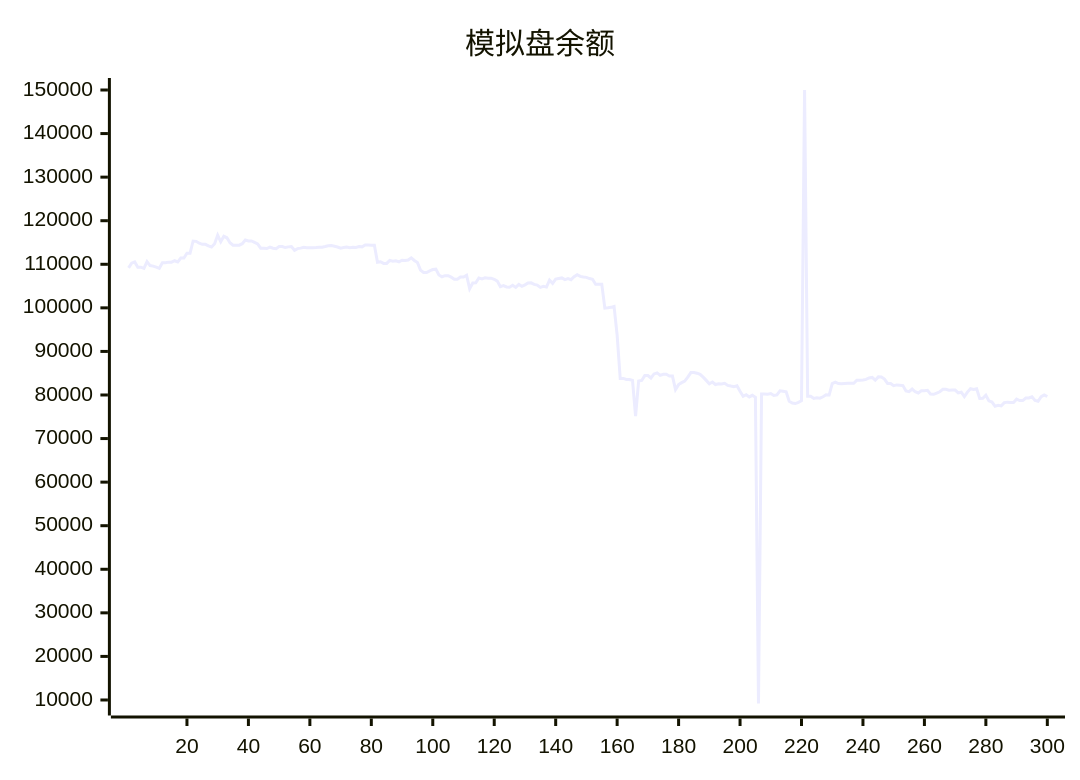
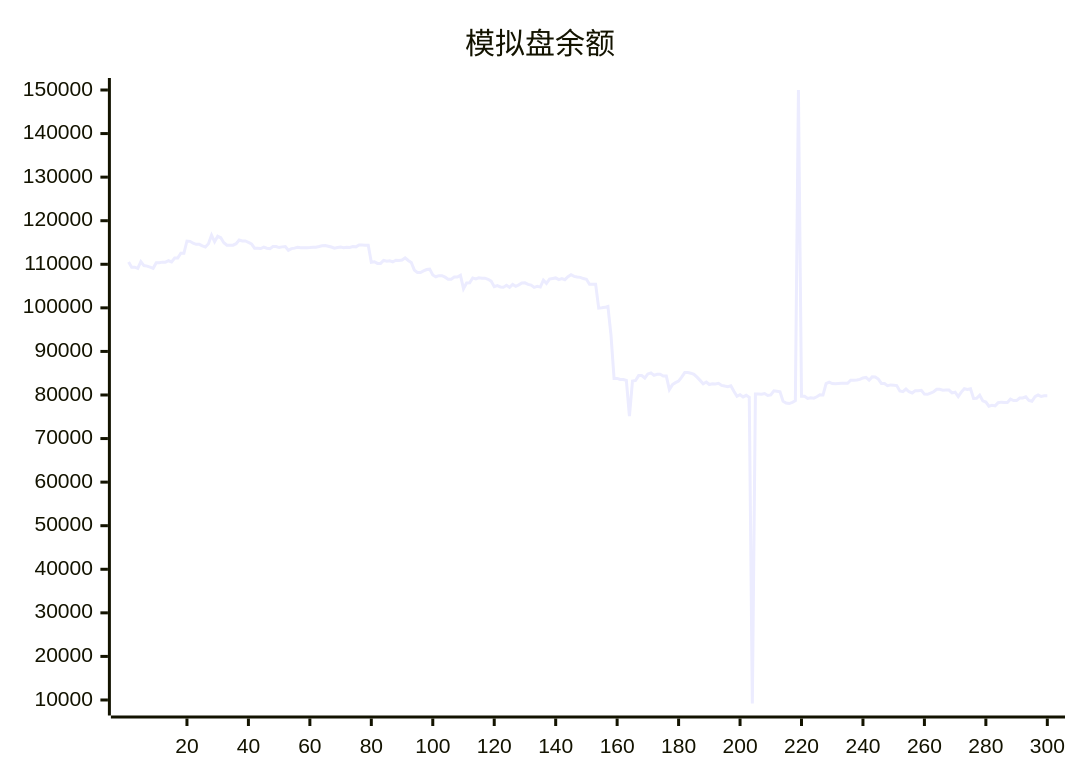
Before and after one commit to aahl/ai-trading: the diagram in README.md, drawn with Mermaid. The commit also changed other lines of this file and 1 other file, not shown here.

````diff
--- a/README.md
+++ b/README.md
@@ -5,5 +5,5 @@
 ```mermaid
 xychart
     title "模拟盘余额"
-    line [109172,110262,110546,109304,109343,109053,110606,109702,109584,109337,109071,110342,110342,110488,110488,110814,110531,111421,111421,112518,112522,115341,115266,114830,114584,114588,114231,113973,114726,116697,115160,116423,116083,114950,114365,114365,114388,114730,115582,115358,115358,115032,114686,113688,113688,113610,113930,113672,113585,114083,114074,113840,113996,114051,113208,113593,113701,113901,113794,113784,113810,113848,113927,113929,114064,114232,114293,114144,113960,113698,113853,113942,113812,113908,113877,114091,113998,114427,114422,114384,114384,110477,110576,110198,110198,110890,110712,110812,110569,110929,110847,110968,111478,110870,110433,108661,108116,108115,108485,108797,108877,107536,107134,107393,107393,107046,106565,106565,107081,107081,107478,104404,105715,105749,106866,106651,106889,106771,106816,106565,106141,104876,105103,104796,104734,105169,104690,105380,104941,105272,105709,105739,105374,105227,104691,104924,104762,106364,105628,106608,106748,106872,106485,106721,106468,107132,107620,107224,107080,107001,106717,106567,105431,105431,105440,99950,100017,100113,100337,93749,83795,83807,83567,83567,83342,75168,83222,83336,84448,84449,83896,84839,85065,84499,84757,84757,84364,84347,81254,82385,82835,83184,84099,85150,85150,85002,84751,84096,83356,82582,82983,82404,82572,82512,82688,82200,82047,81920,82125,80840,79688,80060,79552,79920,79470,9193,80236,80208,80170,80336,79894,80006,80954,80837,80712,78561,78139,78037,78293,78682,150000,79720,79720,79214,79372,79279,79591,80046,79993,82625,82950,82626,82571,82633,82670,82670,82681,83386,83378,83464,83579,83920,84037,83402,84160,84142,83652,82655,82655,82145,82315,82243,82163,80934,80770,81371,80742,80468,80989,80989,81067,80191,80155,80450,80737,81309,81309,81106,81119,81119,80471,80631,79624,80670,81448,81290,81429,79212,79222,79940,78643,78380,77432,77623,77504,78235,78358,78284,78277,79048,78714,78714,79290,79308,79567,78763,78563,79603,79988,79652]
+    line [110546,109304,109343,109053,110606,109702,109584,109337,109071,110342,110342,110488,110488,110814,110531,111421,111421,112518,112522,115341,115266,114830,114584,114588,114231,113973,114726,116697,115160,116423,116083,114950,114365,114365,114388,114730,115582,115358,115358,115032,114686,113688,113688,113610,113930,113672,113585,114083,114074,113840,113996,114051,113208,113593,113701,113901,113794,113784,113810,113848,113927,113929,114064,114232,114293,114144,113960,113698,113853,113942,113812,113908,113877,114091,113998,114427,114422,114384,114384,110477,110576,110198,110198,110890,110712,110812,110569,110929,110847,110968,111478,110870,110433,108661,108116,108115,108485,108797,108877,107536,107134,107393,107393,107046,106565,106565,107081,107081,107478,104404,105715,105749,106866,106651,106889,106771,106816,106565,106141,104876,105103,104796,104734,105169,104690,105380,104941,105272,105709,105739,105374,105227,104691,104924,104762,106364,105628,106608,106748,106872,106485,106721,106468,107132,107620,107224,107080,107001,106717,106567,105431,105431,105440,99950,100017,100113,100337,93749,83795,83807,83567,83567,83342,75168,83222,83336,84448,84449,83896,84839,85065,84499,84757,84757,84364,84347,81254,82385,82835,83184,84099,85150,85150,85002,84751,84096,83356,82582,82983,82404,82572,82512,82688,82200,82047,81920,82125,80840,79688,80060,79552,79920,79470,9193,80236,80208,80170,80336,79894,80006,80954,80837,80712,78561,78139,78037,78293,78682,150000,79720,79720,79214,79372,79279,79591,80046,79993,82625,82950,82626,82571,82633,82670,82670,82681,83386,83378,83464,83579,83920,84037,83402,84160,84142,83652,82655,82655,82145,82315,82243,82163,80934,80770,81371,80742,80468,80989,80989,81067,80191,80155,80450,80737,81309,81309,81106,81119,81119,80471,80631,79624,80670,81448,81290,81429,79212,79222,79940,78643,78380,77432,77623,77504,78235,78358,78284,78277,79048,78714,78714,79290,79308,79567,78763,78563,79603,79988,79652,79813,79813]
 ```
````
